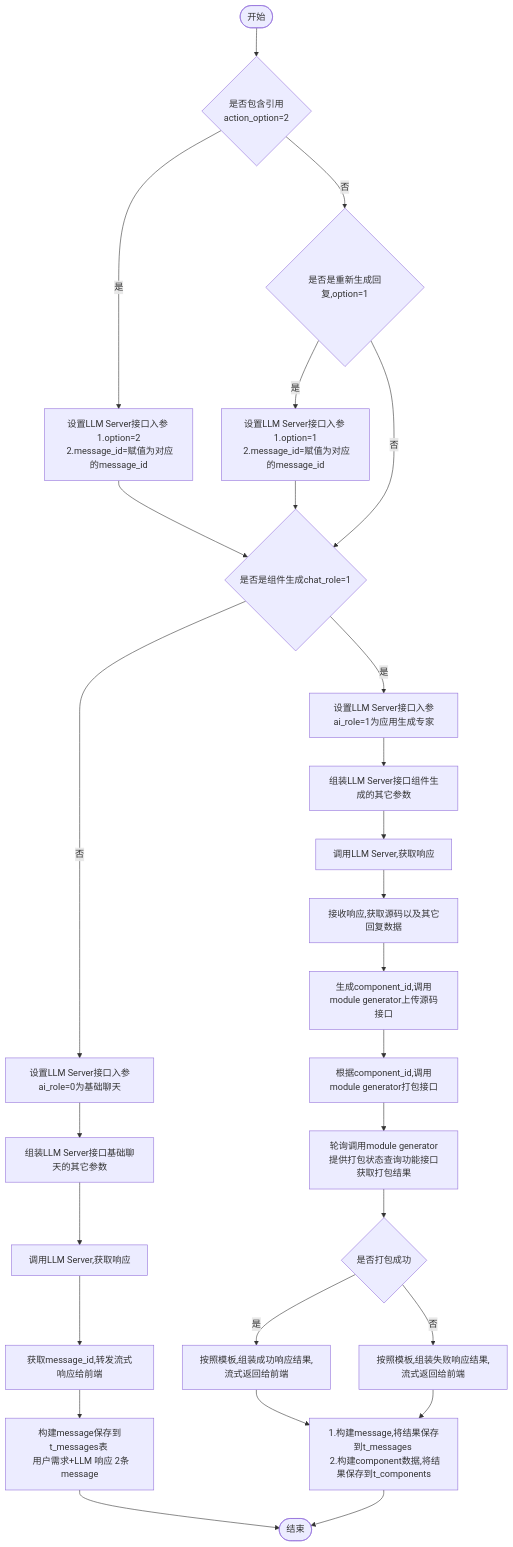
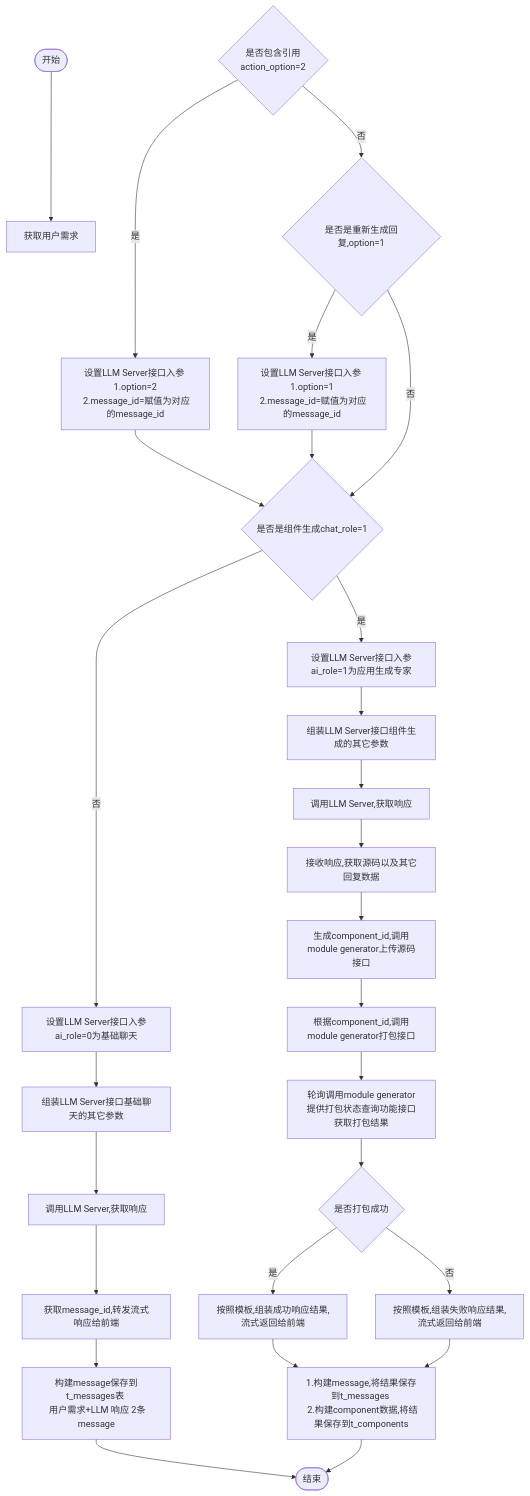
Before and after one commit to yingjianzh/iodraw-files: the diagram in all/w3-会话-不需要传递message.md, drawn with Mermaid.

Commit message:
2024-10-15 14:17:12 update

````diff
--- a/all/w3-会话-不需要传递message.md
+++ b/all/w3-会话-不需要传递message.md
@@ -1,34 +1,34 @@
 ```mermaid
 flowchart TD
-    A([开始]) --> 
+    A([开始]) --> B[获取用户需求]
     D{是否包含引用 \n action_option=2}
     D -- 是 --> E[设置LLM Server接口入参 \n 1.option=2 \n 2.message_id=赋值为对应的message_id]
     D -- 否 --> F{是否是重新生成回复,option=1}
     F -- 是 --> G[设置LLM Server接口入参 \n 1.option=1 \n 2.message_id=赋值为对应的message_id]
     F -- 否 --> I
      
     E & G --> I{是否是组件生成chat_role=1}
     I -- 否 --> K[设置LLM Server接口入参ai_role=0为基础聊天]
     I -- 是 --> J[设置LLM Server接口入参ai_role=1为应用生成专家]
     
 
     J --> L[组装LLM Server接口组件生成的其它参数]    
     K --> M[组装LLM Server接口基础聊天的其它参数]    
     M --> N[调用LLM Server,获取响应]    
     N --> O[获取message_id,转发流式响应给前端]
     O --> P[构建message保存到t_messages表 \n 用户需求+LLM 响应 2条message]
     P --> R([结束])
 
 
     L --> S[调用LLM Server,获取响应]
     S --> T[接收响应,获取源码以及其它回复数据]
     T --> U[生成component_id,调用module generator上传源码接口]
     U --> V[根据component_id,调用module generator打包接口]
     V --> W[轮询调用module generator提供打包状态查询功能接口获取打包结果]
     W --> X{是否打包成功}
     X -- 是 --> Y[按照模板,组装成功响应结果,流式返回给前端]
     X -- 否 --> Z[按照模板,组装失败响应结果,流式返回给前端]
 
     Y & Z --> Result[1.构建message,将结果保存到t_messages \n 2.构建component数据,将结果保存到t_components]
     Result --> R
 ```
````
